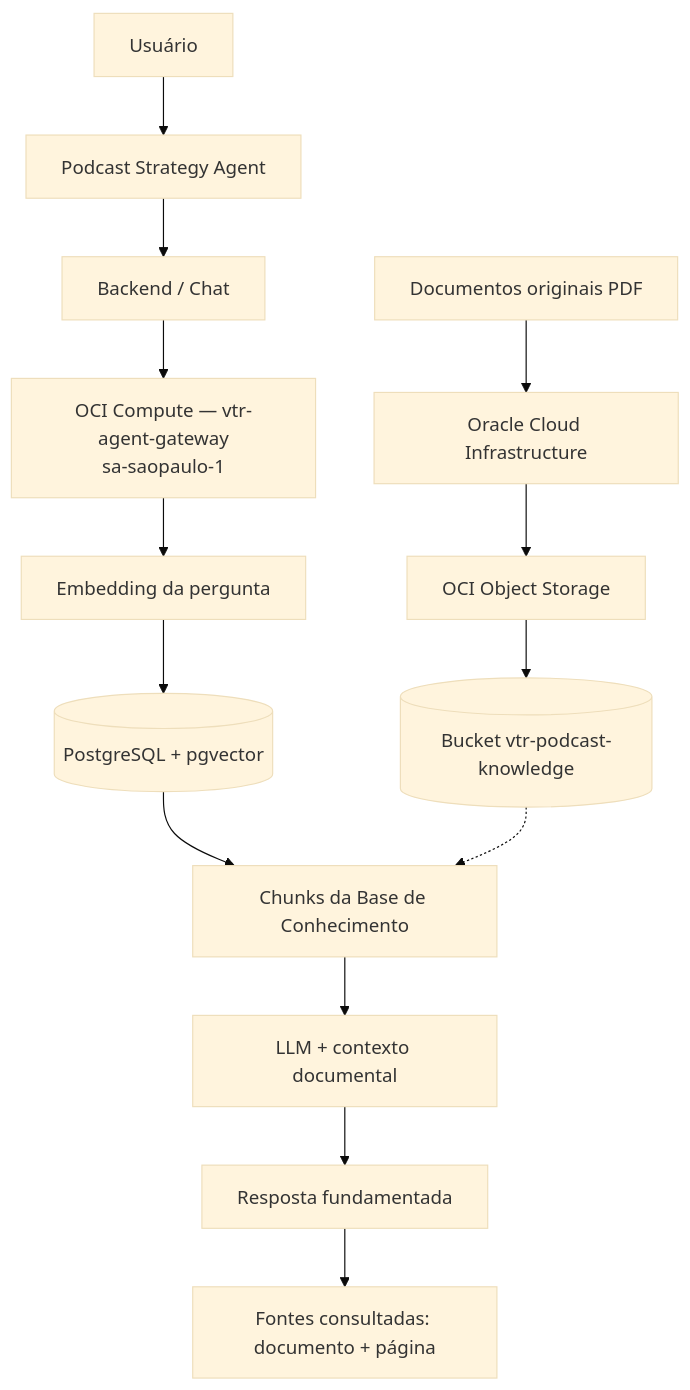
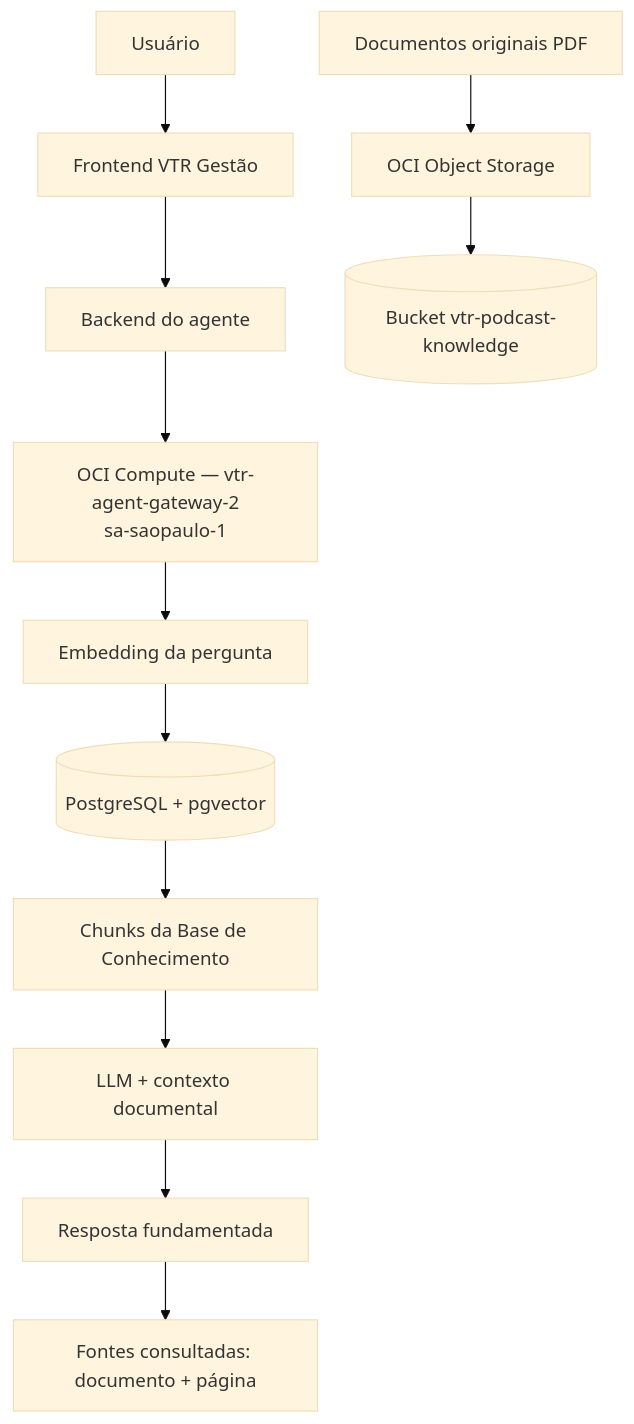
One commit to vtrgalves/podcast-validator changed the diagram in README.md. Above: the diagram before and after it, drawn with Mermaid (base theme). The commit also changed other lines of this file, not shown here.

````diff
--- a/README.md
+++ b/README.md
@@ -97,16 +104,14 @@
 ```mermaid
 flowchart TD
-    U[Usuário] --> A[Podcast Strategy Agent]
-    A --> B[Backend / Chat]
-    B --> G[OCI Compute — vtr-agent-gateway<br/>sa-saopaulo-1]
+    U[Usuário] --> F[Frontend VTR Gestão]
+    F --> B[Backend do agente]
+    B --> G[OCI Compute — vtr-agent-gateway-2<br/>sa-saopaulo-1]
     G --> E[Embedding da pergunta]
     E --> V[(PostgreSQL + pgvector)]
     V --> C[Chunks da Base de Conhecimento]
     C --> L[LLM + contexto documental]
     L --> R[Resposta fundamentada]
     R --> S[Fontes consultadas: documento + página]
-    D[Documentos originais PDF] --> O[Oracle Cloud Infrastructure]
-    O --> OS[OCI Object Storage]
+    D[Documentos originais PDF] --> OS[OCI Object Storage]
     OS --> BK[(Bucket vtr-podcast-knowledge)]
-    BK -.-> C
 ```
````
